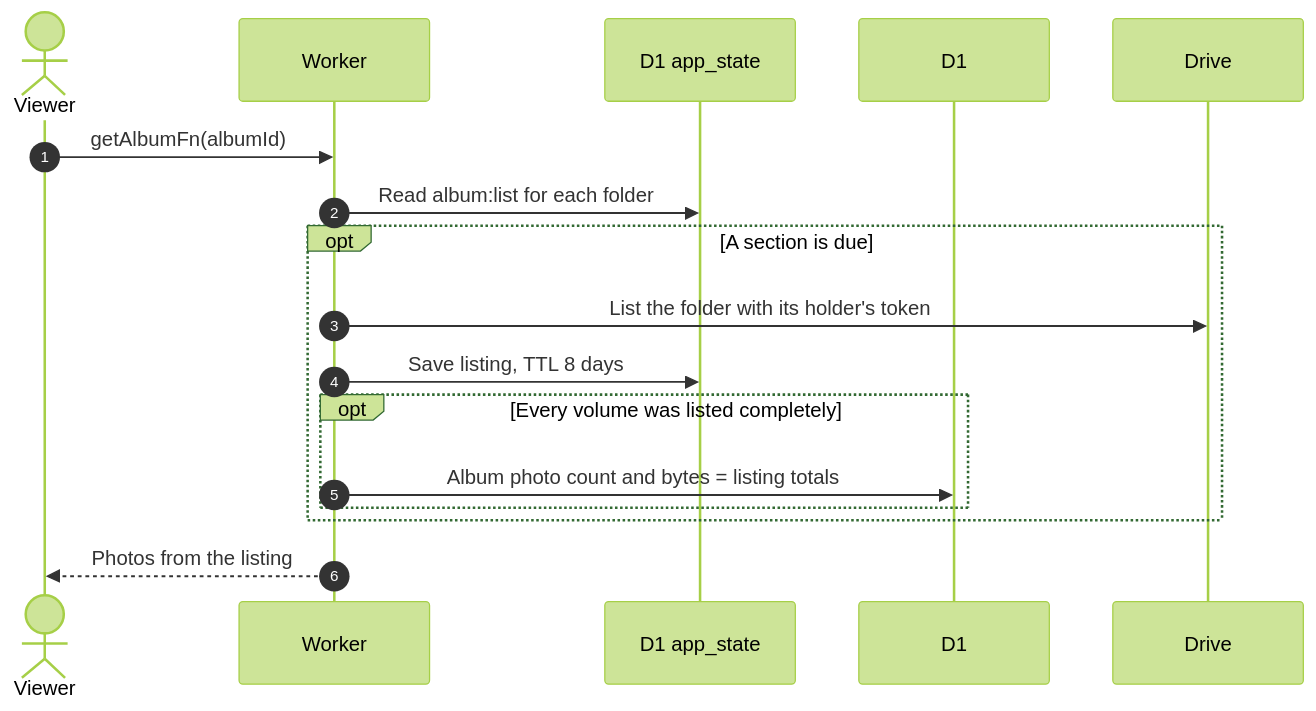
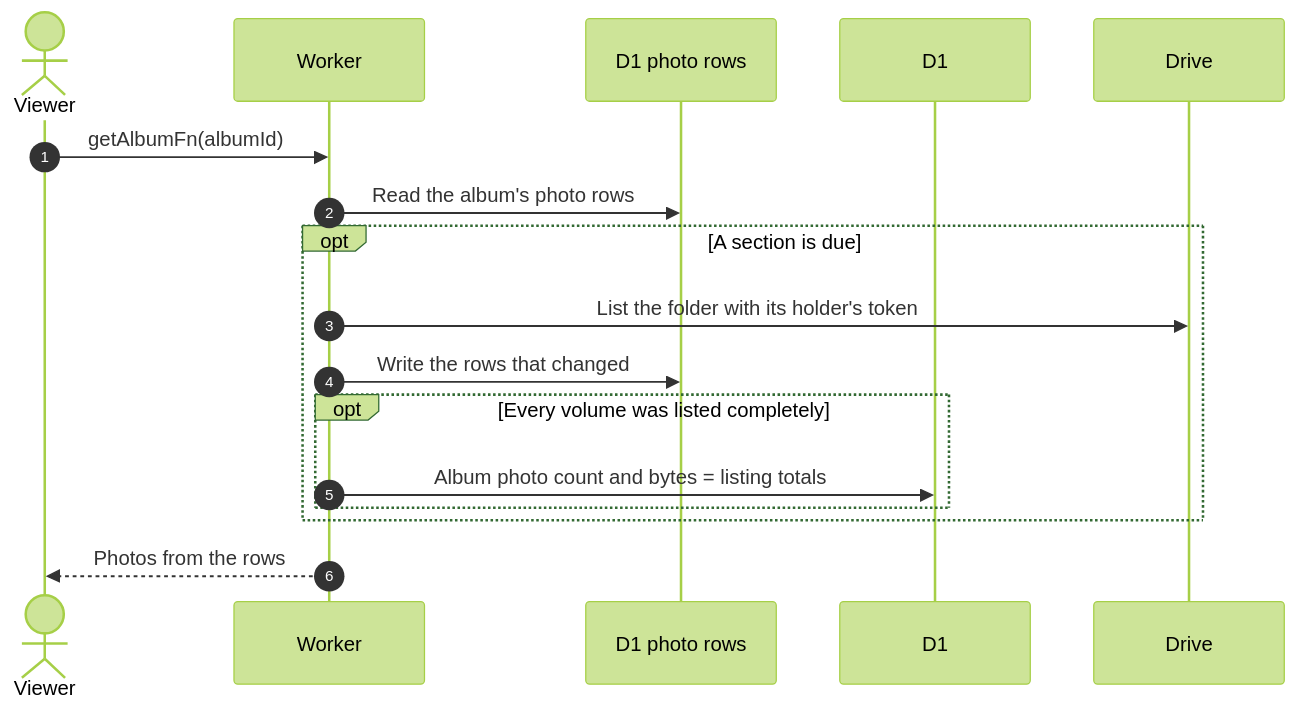
Before and after one commit to sagyzdop/meriksirat: the diagram in docs/scenarios/member/albums/legacy.md, drawn with Mermaid (forest theme). The commit also changed other lines of this file and 53 other files, not shown here.

First line of the commit message:
feat(albums): keep photos as rows in D1 and remove KV

````diff
--- a/docs/scenarios/member/albums/legacy.md
+++ b/docs/scenarios/member/albums/legacy.md
@@ -9,19 +9,19 @@
 ```mermaid
 sequenceDiagram
     autonumber
     actor U as Viewer
     participant W as Worker
-    participant K as D1 app_state
+    participant K as D1 photo rows
     participant D as D1
     participant G as Drive
     U->>W: getAlbumFn(albumId)
-    W->>K: Read album:list for each folder
+    W->>K: Read the album's photo rows
     opt A section is due
         W->>G: List the folder with its holder's token
-        W->>K: Save listing, TTL 8 days
+        W->>K: Write the rows that changed
         opt Every volume was listed completely
             W->>D: Album photo count and bytes = listing totals
         end
     end
-    W-->>U: Photos from the listing
+    W-->>U: Photos from the rows
 ```
````
